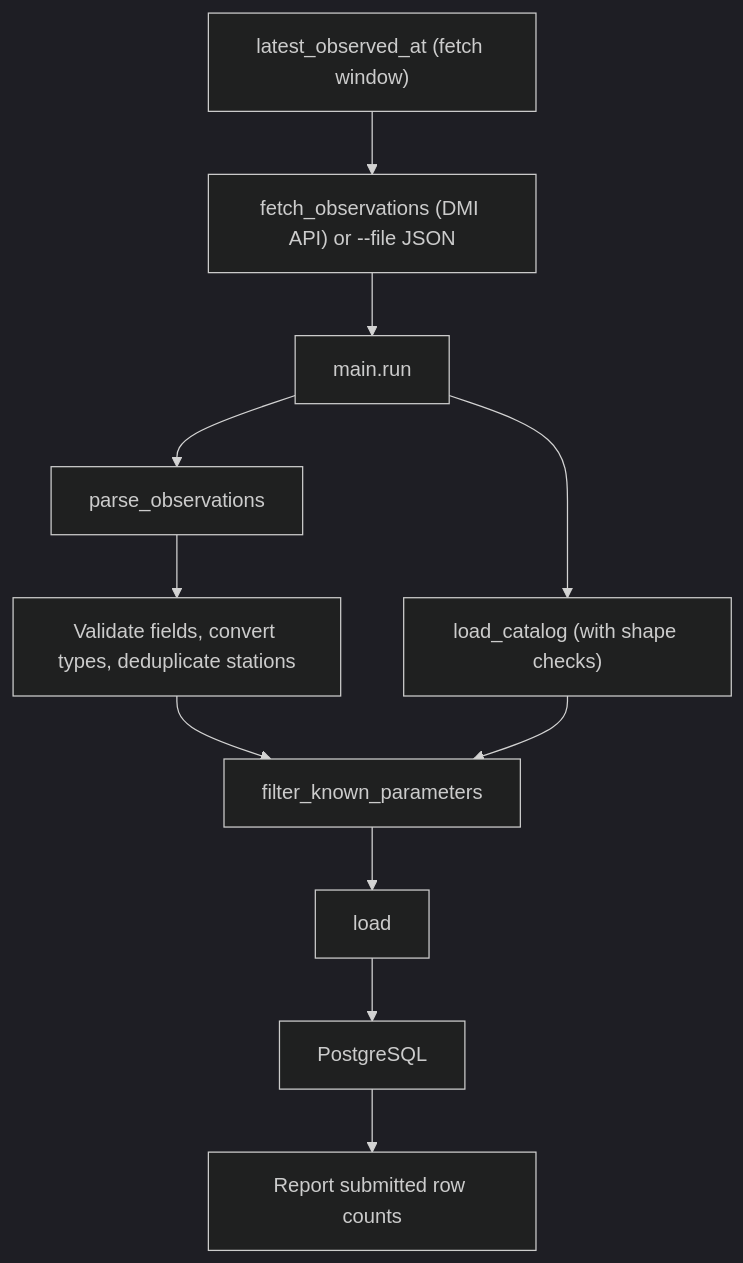
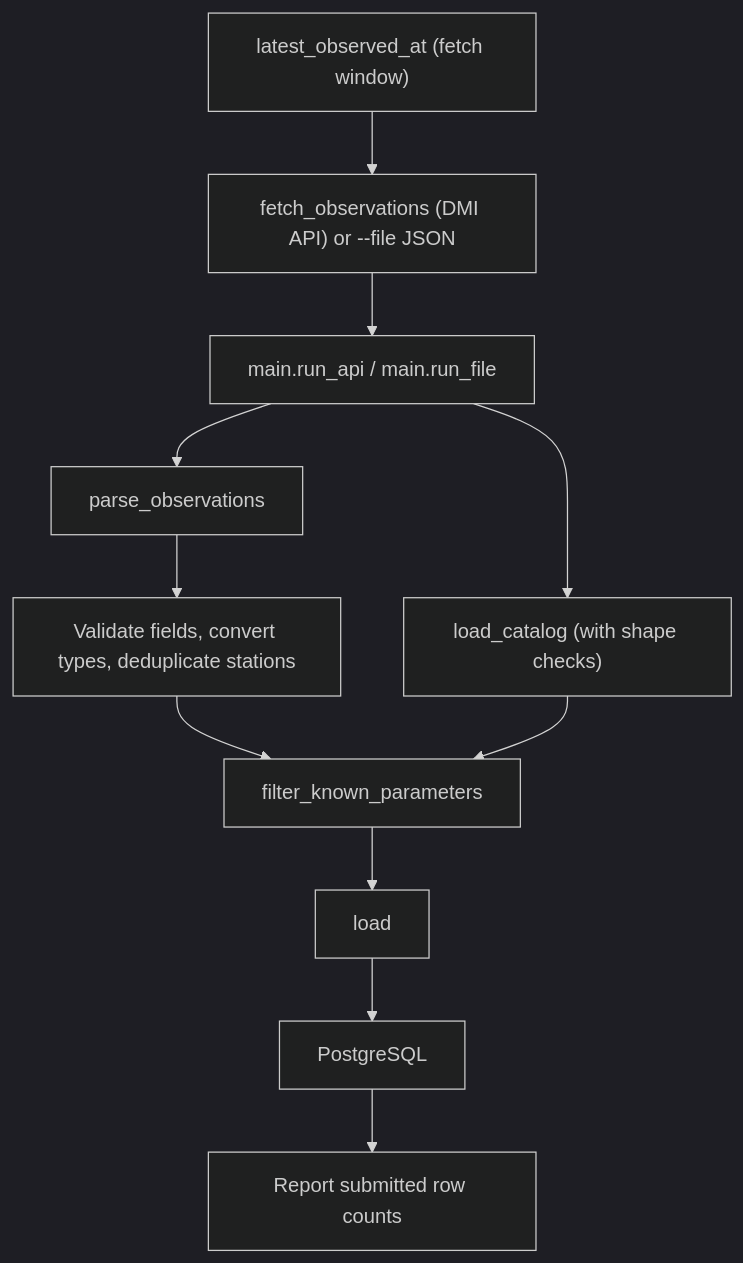
The first of 2 diagrams in presentation.md (Pliniussen/dmi-ohs-data-pipeline), drawn with Mermaid (dark theme) before and after one commit. The commit also changed other lines of this file and 10 other files, not shown here.

````diff
--- a/presentation.md
+++ b/presentation.md
@@ -15,13 +15,13 @@
 ```mermaid
 flowchart TD
     W["latest_observed_at (fetch window)"] --> A
-    A["fetch_observations (DMI API) or --file JSON"] --> B["main.run"]
+    A["fetch_observations (DMI API) or --file JSON"] --> B["main.run_api / main.run_file"]
     B --> C["parse_observations"]
     C --> D["Validate fields, convert types, deduplicate stations"]
     B --> E["load_catalog (with shape checks)"]
     D --> F["filter_known_parameters"]
     E --> F
     F --> G["load"]
     G --> H["PostgreSQL"]
     H --> I["Report submitted row counts"]
 ```
````
